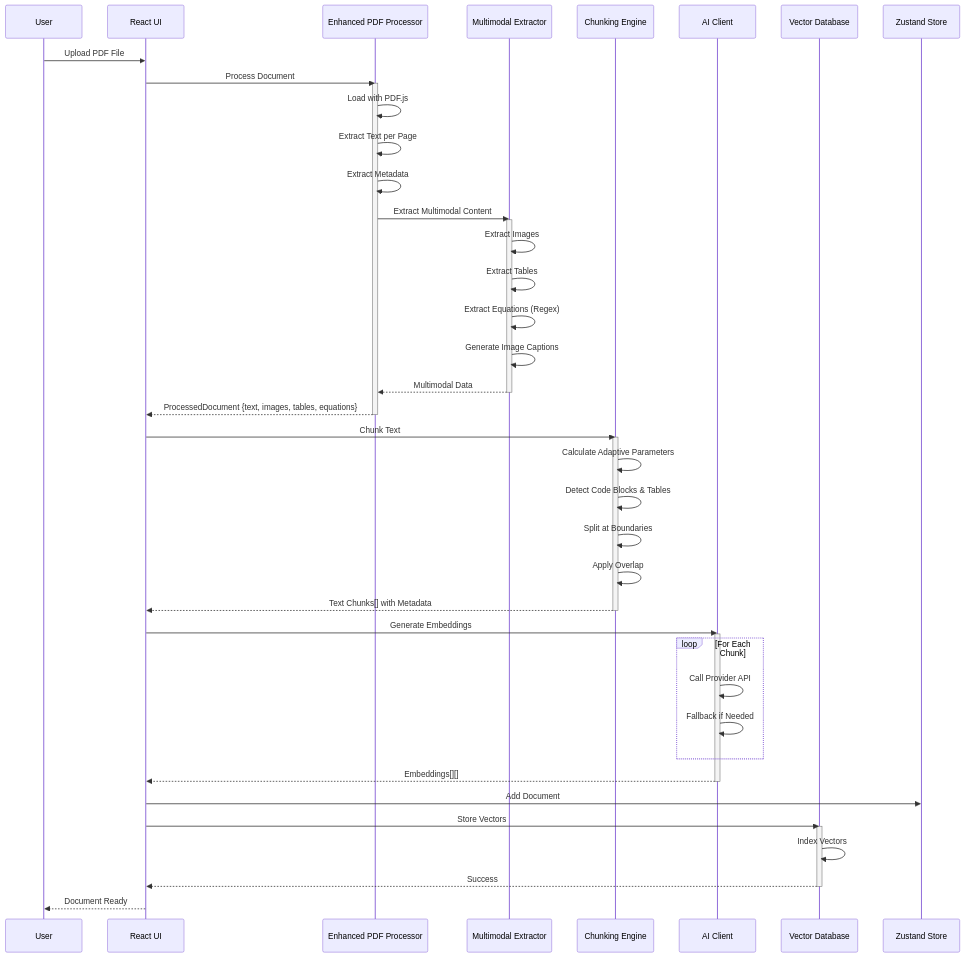
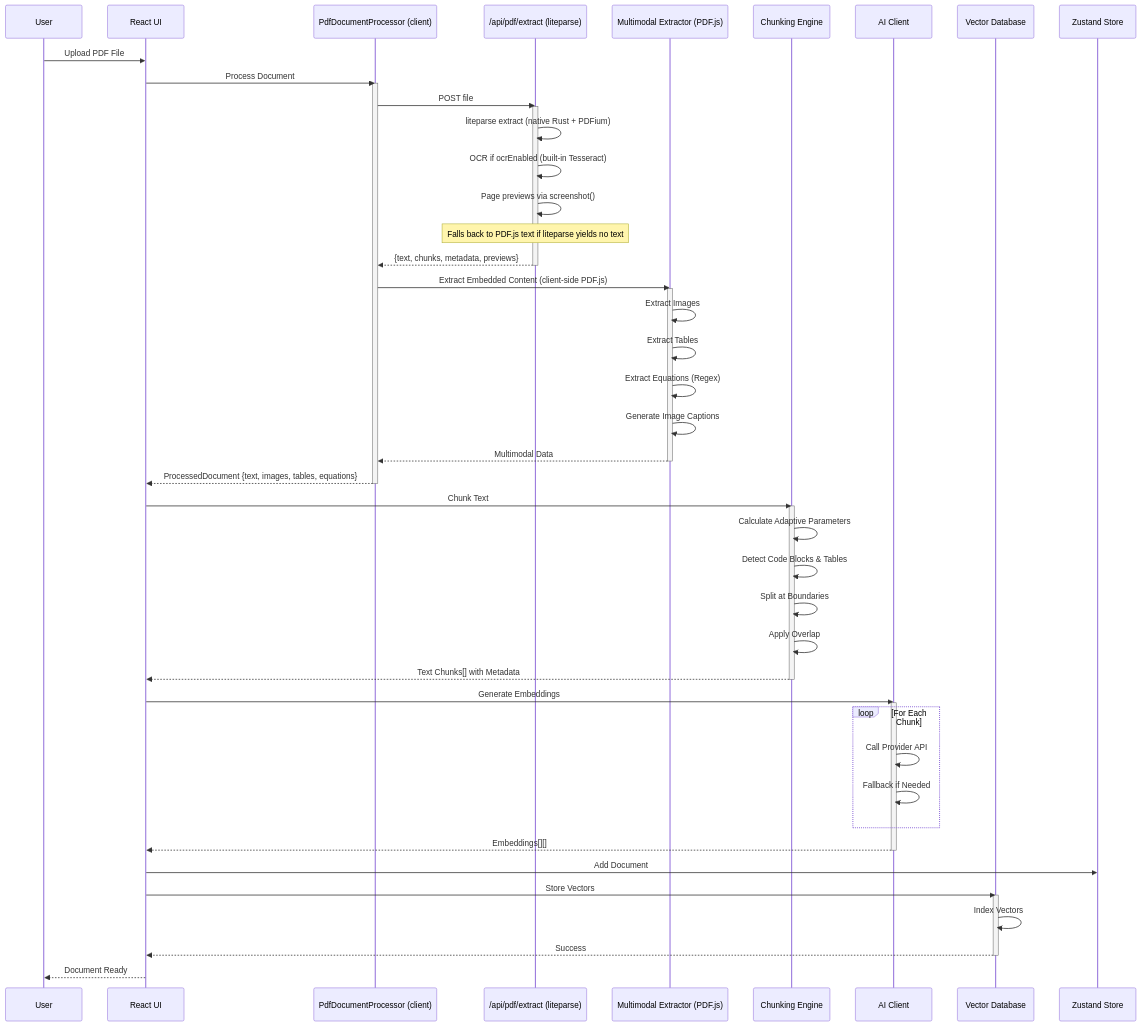
Before and after one commit to Kedhareswer/QuantumPDF_ChatApp_VectorDB: the fifth of 14 diagrams in docs/ARCHITECTURE_FLOWS.md, drawn with Mermaid. The commit also changed other lines of this file and 15 other files, not shown here.

First line of the commit message:
docs: reconcile all docs with the liteparse architecture; remove dead files

````diff
--- a/docs/ARCHITECTURE_FLOWS.md
+++ b/docs/ARCHITECTURE_FLOWS.md
@@ -270,58 +266,64 @@
 ```mermaid
 sequenceDiagram
     participant User
     participant UI as React UI
-    participant PDF as Enhanced PDF Processor
-    participant MULTI as Multimodal Extractor
+    participant PDF as PdfDocumentProcessor (client)
+    participant ROUTE as /api/pdf/extract (liteparse)
+    participant MULTI as Multimodal Extractor (PDF.js)
     participant CHUNK as Chunking Engine
     participant AI as AI Client
     participant VDB as Vector Database
     participant STORE as Zustand Store
 
     User->>UI: Upload PDF File
     UI->>PDF: Process Document
 
     activate PDF
-    PDF->>PDF: Load with PDF.js
-    PDF->>PDF: Extract Text per Page
-    PDF->>PDF: Extract Metadata
-    PDF->>MULTI: Extract Multimodal Content
+    PDF->>ROUTE: POST file
+    activate ROUTE
+    ROUTE->>ROUTE: liteparse extract (native Rust + PDFium)
+    ROUTE->>ROUTE: OCR if ocrEnabled (built-in Tesseract)
+    ROUTE->>ROUTE: Page previews via screenshot()
+    Note over ROUTE: Falls back to PDF.js text if liteparse yields no text
+    ROUTE-->>PDF: {text, chunks, metadata, previews}
+    deactivate ROUTE
+    PDF->>MULTI: Extract Embedded Content (client-side PDF.js)
     
     activate MULTI
     MULTI->>MULTI: Extract Images
     MULTI->>MULTI: Extract Tables
     MULTI->>MULTI: Extract Equations (Regex)
     MULTI->>MULTI: Generate Image Captions
     MULTI-->>PDF: Multimodal Data
     deactivate MULTI
     
     PDF-->>UI: ProcessedDocument {text, images, tables, equations}
     deactivate PDF
 
     UI->>CHUNK: Chunk Text
     activate CHUNK
     CHUNK->>CHUNK: Calculate Adaptive Parameters
     CHUNK->>CHUNK: Detect Code Blocks & Tables
     CHUNK->>CHUNK: Split at Boundaries
     CHUNK->>CHUNK: Apply Overlap
     CHUNK-->>UI: Text Chunks[] with Metadata
     deactivate CHUNK
 
     UI->>AI: Generate Embeddings
     activate AI
     loop For Each Chunk
         AI->>AI: Call Provider API
         AI->>AI: Fallback if Needed
     end
     AI-->>UI: Embeddings[][]
     deactivate AI
 
     UI->>STORE: Add Document
     UI->>VDB: Store Vectors
     activate VDB
     VDB->>VDB: Index Vectors
     VDB-->>UI: Success
     deactivate VDB
 
     UI-->>User: Document Ready
 ```
````
